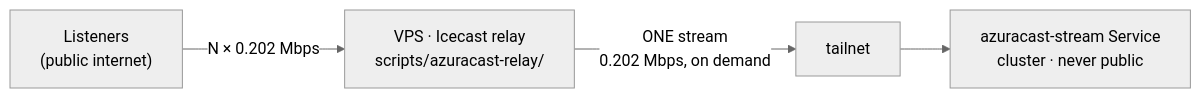
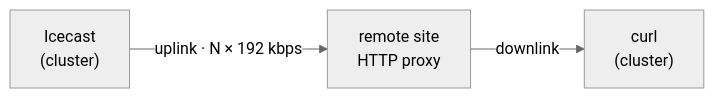
Before and after one commit to eliorion/homelab_v1: the diagram in documentations/11-azuracast-public-relay.md, drawn with Mermaid (neutral theme). The commit also changed other lines of this file and 2 other files, not shown here.

````diff
--- a/documentations/11-azuracast-public-relay.md
+++ b/documentations/11-azuracast-public-relay.md
@@ -12,6 +20,5 @@
 ```mermaid
 flowchart LR
-  L["Listeners<br/>(public internet)"] -->|"N × 0.202 Mbps"| R
-  R["VPS · Icecast relay<br/>scripts/azuracast-relay/"] -->|"ONE stream<br/>0.202 Mbps, on demand"| T
-  T["tailnet"] --> M["azuracast-stream Service<br/>cluster · never public"]
+  I["Icecast<br/>(cluster)"] -->|"uplink · N × 192 kbps"| R["remote site<br/>HTTP proxy"]
+  R -->|"downlink"| C["curl<br/>(cluster)"]
 ```
````
